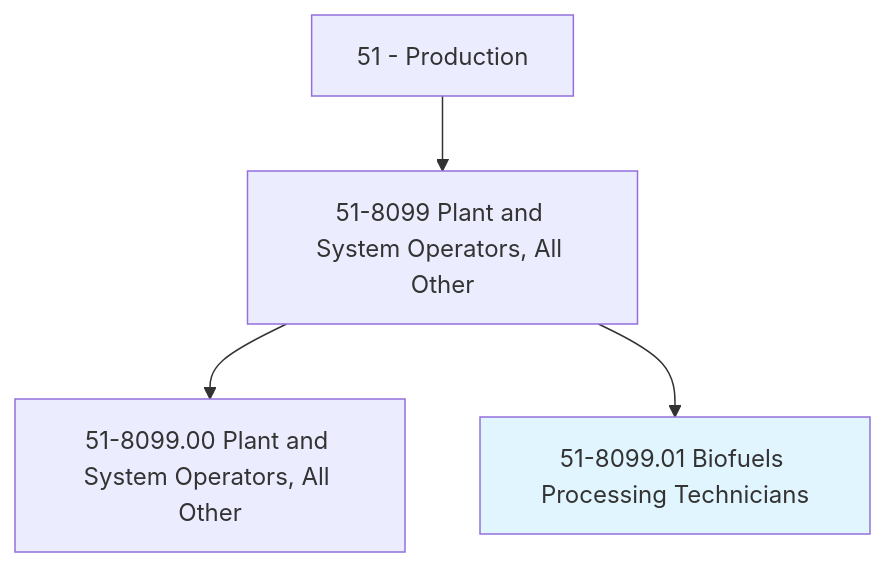
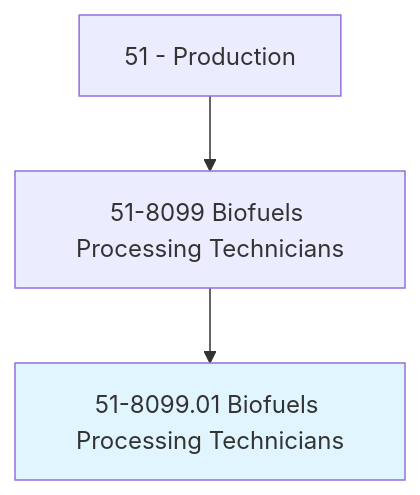
One commit to kziemski/business.org.ai changed the first of 4 diagrams in occupations/Production/BiofuelsProcessingTechnicians.mdx. Above: the diagram before and after it, drawn with Mermaid. The commit also changed other lines of this file and 938 other files, not shown here.

````diff
--- a/occupations/Production/BiofuelsProcessingTechnicians.mdx
+++ b/occupations/Production/BiofuelsProcessingTechnicians.mdx
@@ -19,7 +23,6 @@
 ```mermaid
 graph TD
-    Cat51["51 - Production"] --> Group518099["51-8099 Plant and System Operators, All Other"]
-    Group518099 --> Base["51-8099.00 Plant and System Operators, All Other"]
+    Cat51["51 - Production"] --> Group518099["51-8099 Biofuels Processing Technicians"]
     Group518099 --> Current["51-8099.01 Biofuels Processing Technicians"]
     style Current fill:#e1f5fe
 ```
````
